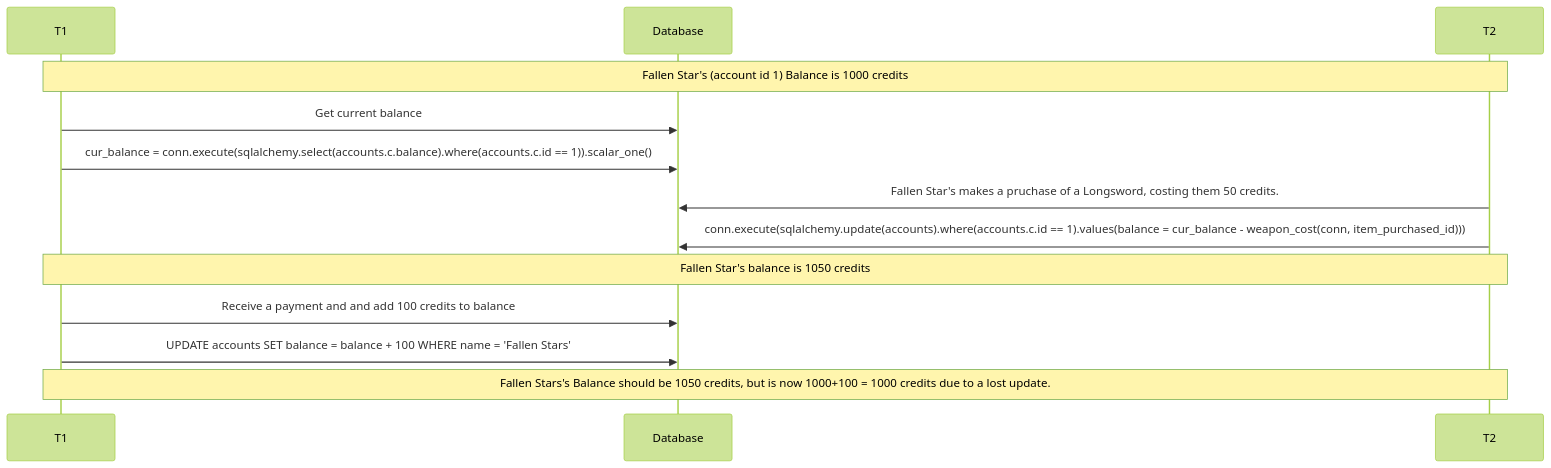
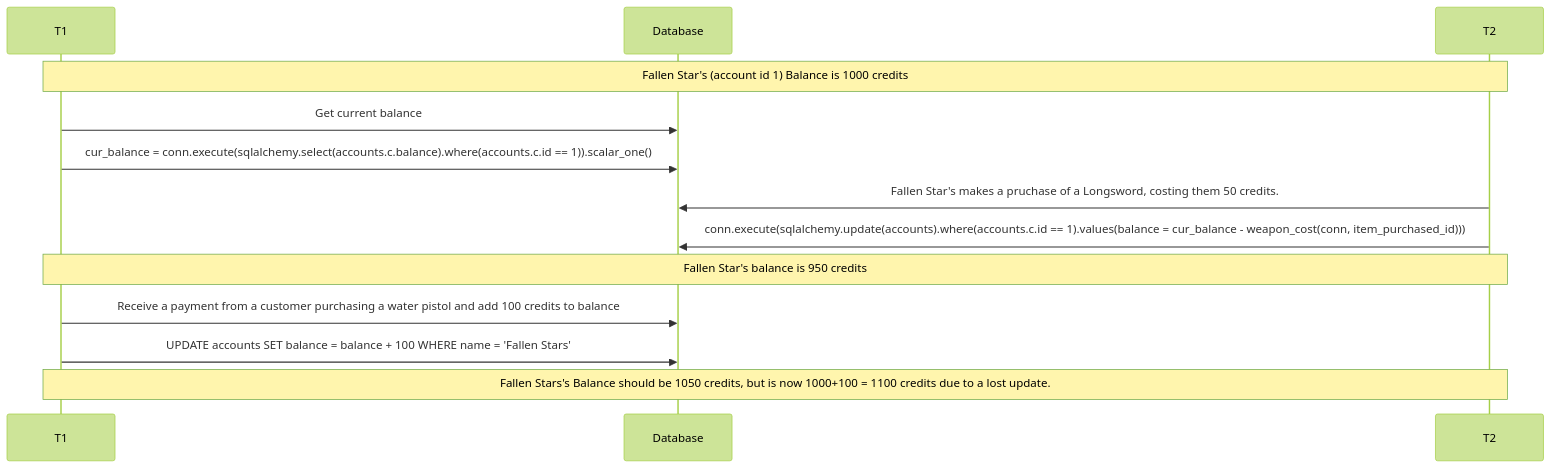
Before and after one commit to irwinj22/FallenStars: the first of 3 diagrams in docs/concurrency.md, drawn with Mermaid (forest theme). The commit also changed other lines of this file, not shown here.

````diff
--- a/docs/concurrency.md
+++ b/docs/concurrency.md
@@ -7,15 +7,15 @@
 ```mermaid
 sequenceDiagram
     participant T1
     participant Database
     participant T2
     Note over T1, T2: Fallen Star's (account id 1) Balance is 1000 credits
     T1->>Database: Get current balance
     T1->>Database: cur_balance = conn.execute(sqlalchemy.select(accounts.c.balance).where(accounts.c.id == 1)).scalar_one();
     T2->>Database: Fallen Star's makes a pruchase of a Longsword, costing them 50 credits.
     T2->>Database: conn.execute(sqlalchemy.update(accounts).where(accounts.c.id == 1).values(balance = cur_balance - weapon_cost(conn, item_purchased_id)))
-    Note over T1, T2: Fallen Star's balance is 1050 credits
-    T1->>Database: Receive a payment and and add 100 credits to balance
+    Note over T1, T2: Fallen Star's balance is 950 credits
+    T1->>Database: Receive a payment from a customer purchasing a water pistol and add 100 credits to balance
     T1->>Database: UPDATE accounts SET balance = balance + 100 WHERE name = 'Fallen Stars'
-    Note over T1, T2: Fallen Stars's Balance should be 1050 credits, but is now 1000+100 = 1000 credits due to a lost update.
+    Note over T1, T2: Fallen Stars's Balance should be 1050 credits, but is now 1000+100 = 1100 credits due to a lost update.
 ```
````
